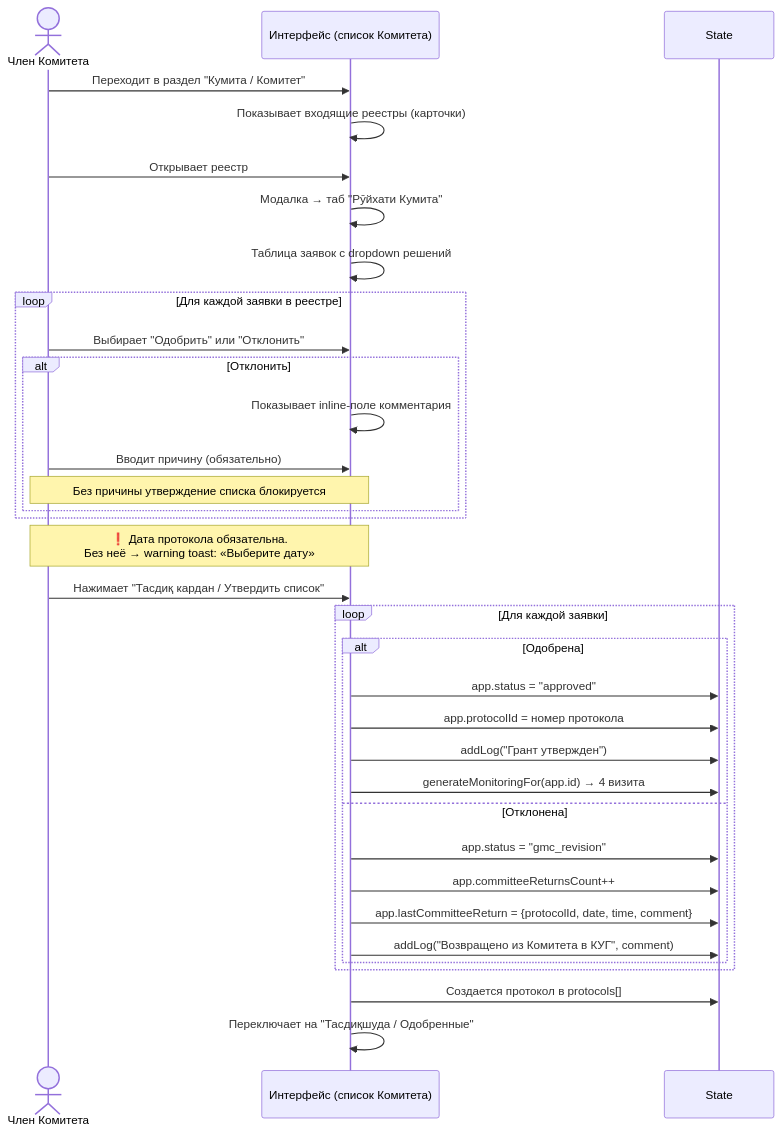
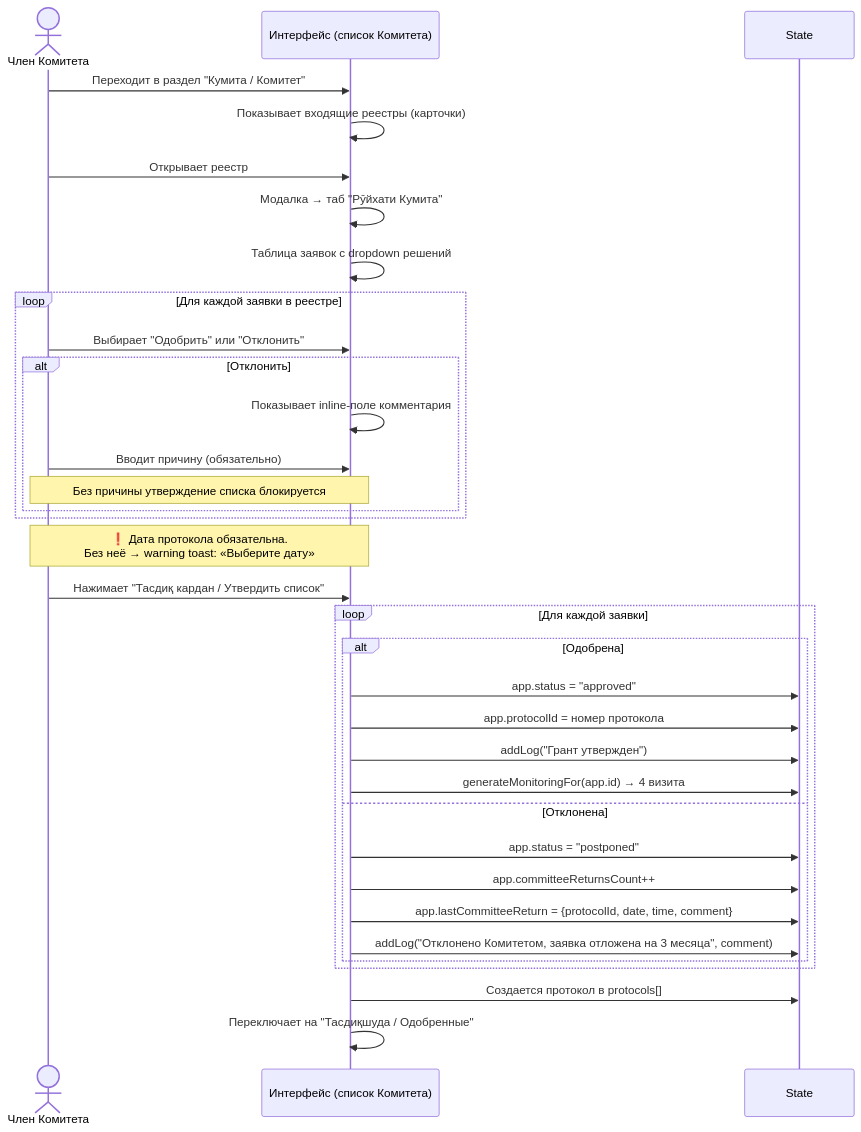
Before and after one commit to firka-kh/eip-test: the seventh of 15 diagrams in docs/BUSINESS-PROCESSES.md, drawn with Mermaid. The commit also changed other lines of this file and 51 other files, not shown here.

````diff
--- a/docs/BUSINESS-PROCESSES.md
+++ b/docs/BUSINESS-PROCESSES.md
@@ -309,43 +283,43 @@
 ```mermaid
 sequenceDiagram
     actor К as Член Комитета
     participant UI as Интерфейс (список Комитета)
     participant ST as State
 
     К->>UI: Переходит в раздел "Кумита / Комитет"
     UI->>UI: Показывает входящие реестры (карточки)
     
     К->>UI: Открывает реестр
     UI->>UI: Модалка → таб "Рӯйхати Кумита"
     UI->>UI: Таблица заявок с dropdown решений
 
     loop Для каждой заявки в реестре
         К->>UI: Выбирает "Одобрить" или "Отклонить"
         alt Отклонить
             UI->>UI: Показывает inline-поле комментария
             К->>UI: Вводит причину (обязательно)
             Note over К,UI: Без причины утверждение списка блокируется
         end
     end
 
     Note over К,UI: ❗ Дата протокола обязательна.<br/>Без неё → warning toast: «Выберите дату»
 
     К->>UI: Нажимает "Тасдиқ кардан / Утвердить список"
     
     loop Для каждой заявки
         alt Одобрена
             UI->>ST: app.status = "approved"
             UI->>ST: app.protocolId = номер протокола
             UI->>ST: addLog("Грант утвержден")
             UI->>ST: generateMonitoringFor(app.id) → 4 визита
         else Отклонена
-            UI->>ST: app.status = "gmc_revision"
+            UI->>ST: app.status = "postponed"
             UI->>ST: app.committeeReturnsCount++
             UI->>ST: app.lastCommitteeReturn = {protocolId, date, time, comment}
-            UI->>ST: addLog("Возвращено из Комитета в КУГ", comment)
+            UI->>ST: addLog("Отклонено Комитетом, заявка отложена на 3 месяца", comment)
         end
     end
 
     UI->>ST: Создается протокол в protocols[]
     UI->>UI: Переключает на "Тасдиқшуда / Одобренные"
 ```
````
